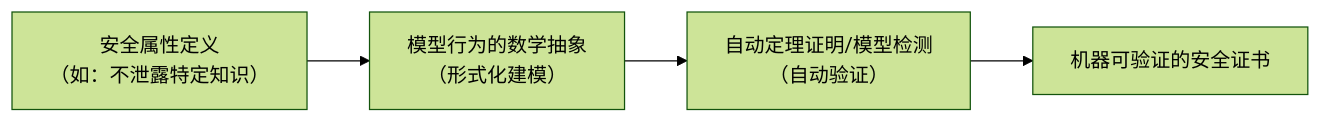
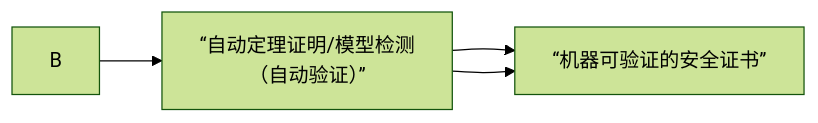
Before and after one commit to yeasy/ai_security_guide: the first of 2 diagrams in 11_governance/11.5_future.md, drawn with Mermaid (forest theme). The commit also changed other lines of this file and 3 other files, not shown here.

````diff
--- a/11_governance/11.5_future.md
+++ b/11_governance/11.5_future.md
@@ -18,6 +18,6 @@
 ```mermaid
 flowchart LR
-    A["安全属性定义<br/>（如：不泄露特定知识）"] --> B["模型行为的数学抽象<br/>（形式化建模）"]
-    B --> C["自动定理证明/模型检测<br/>（自动验证）"]
     C --> D["机器可验证的安全证书"]
+    B --> C[“自动定理证明/模型检测<br/>（自动验证）”]
+    C --> D[“机器可验证的安全证书”]
 ```
````
